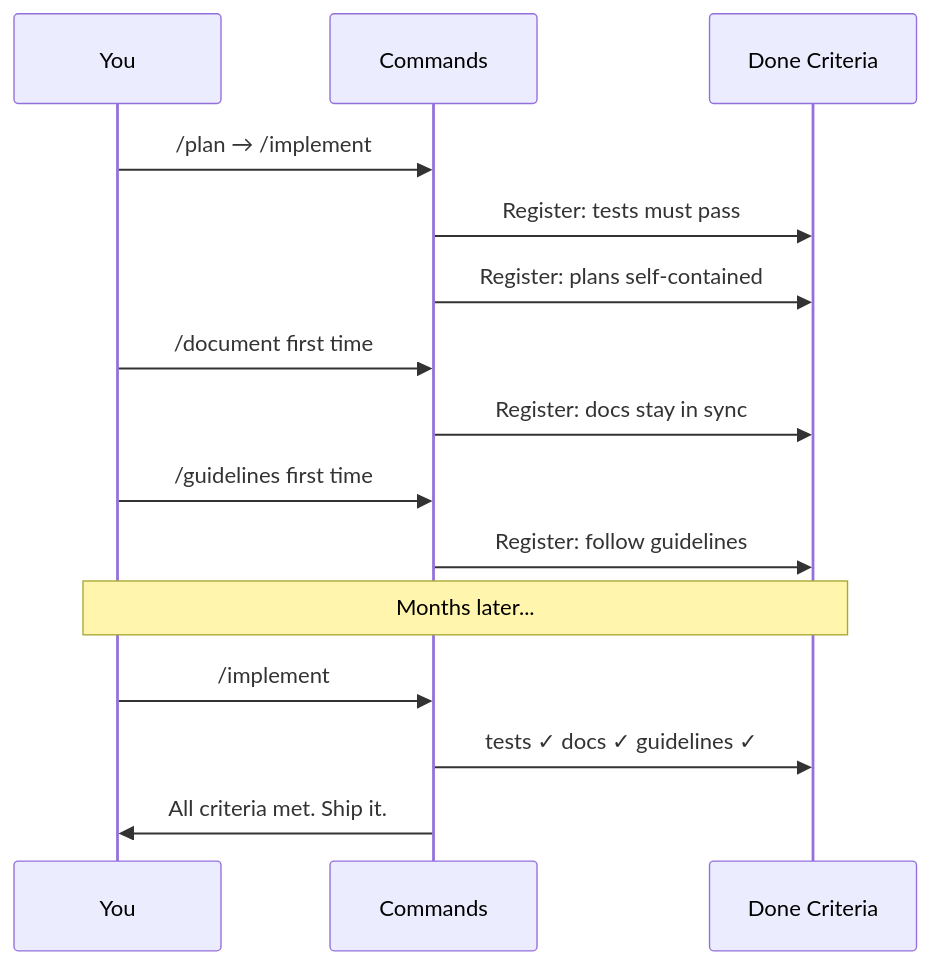
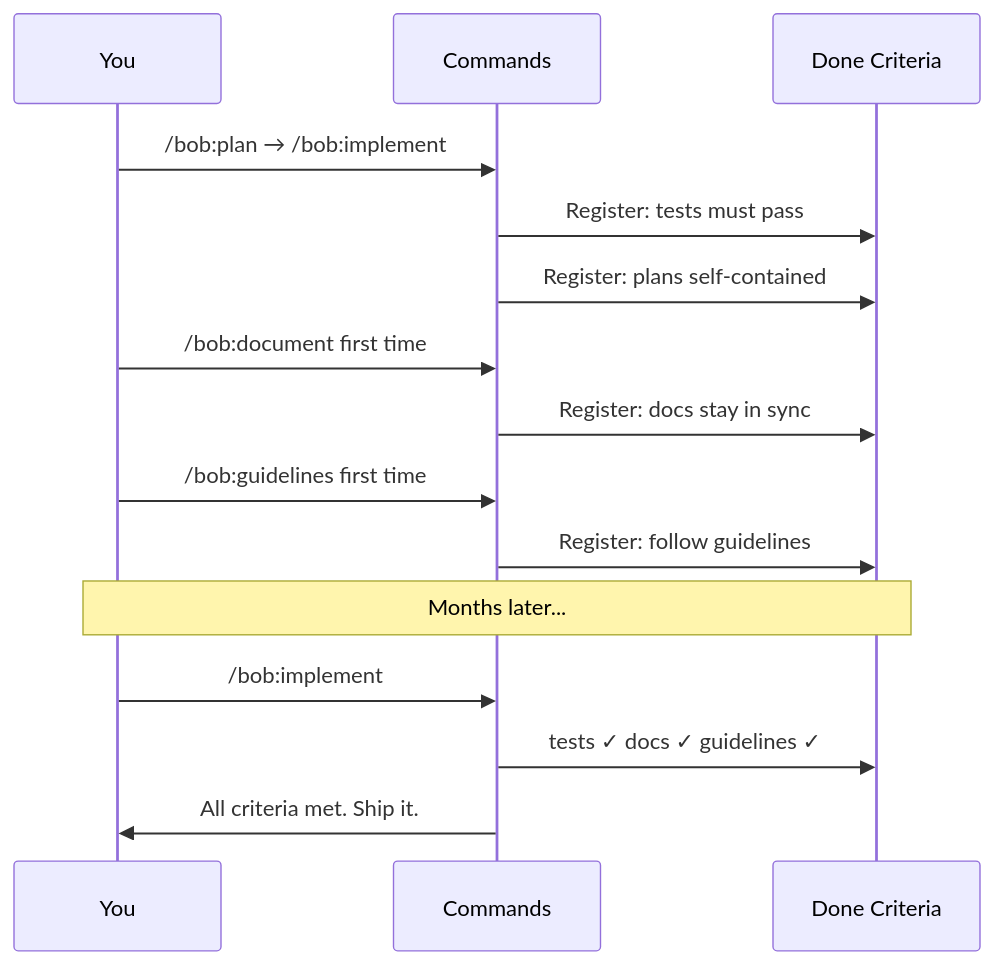
Before and after one commit to bofrese/dot.claude: the fifth of 5 diagrams in docs/user-guide.md, drawn with Mermaid. The commit also changed other lines of this file and 14 other files, not shown here.

````diff
--- a/docs/user-guide.md
+++ b/docs/user-guide.md
@@ -491,21 +490,21 @@
 ```mermaid
 sequenceDiagram
     participant Y as You
     participant C as Commands
     participant D as Done Criteria
 
-    Y->>C: /plan → /implement
+    Y->>C: /bob:plan → /bob:implement
     C->>D: Register: tests must pass
     C->>D: Register: plans self-contained
 
-    Y->>C: /document first time
+    Y->>C: /bob:document first time
     C->>D: Register: docs stay in sync
 
-    Y->>C: /guidelines first time
+    Y->>C: /bob:guidelines first time
     C->>D: Register: follow guidelines
 
     Note over Y,D: Months later...
-    Y->>C: /implement
+    Y->>C: /bob:implement
     C->>D: tests ✓ docs ✓ guidelines ✓
     C->>Y: All criteria met. Ship it.
 ```
````
